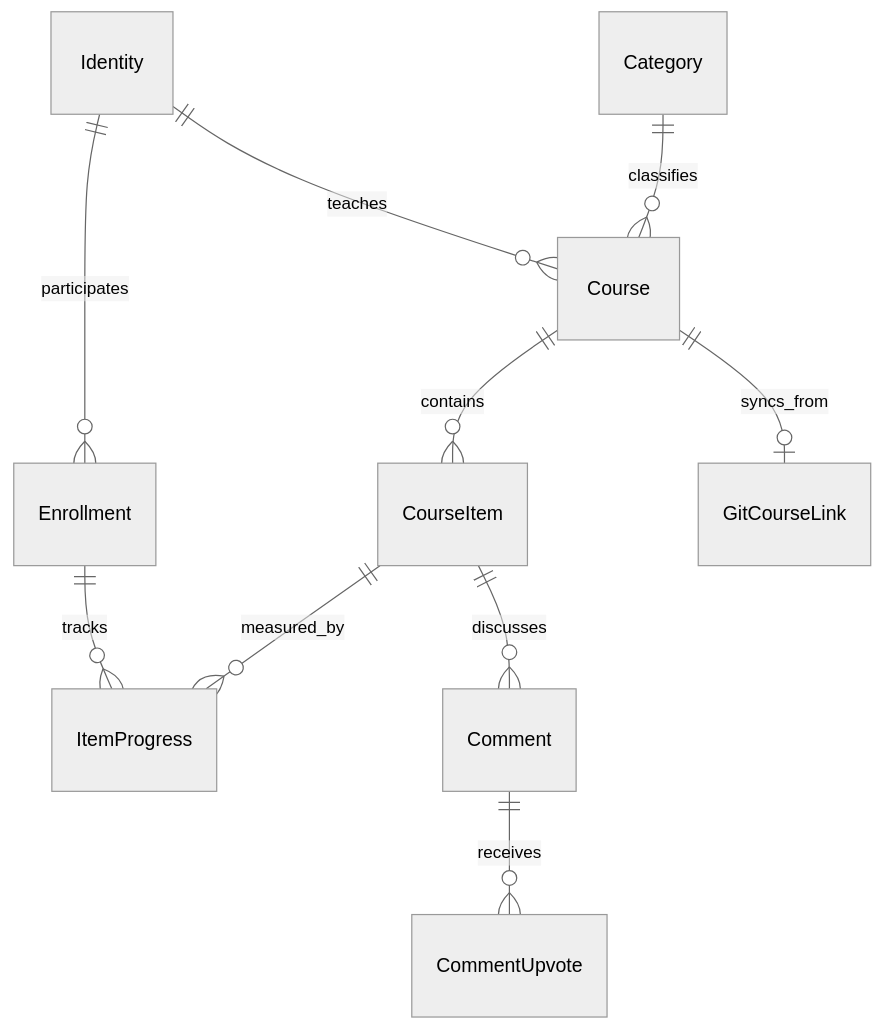
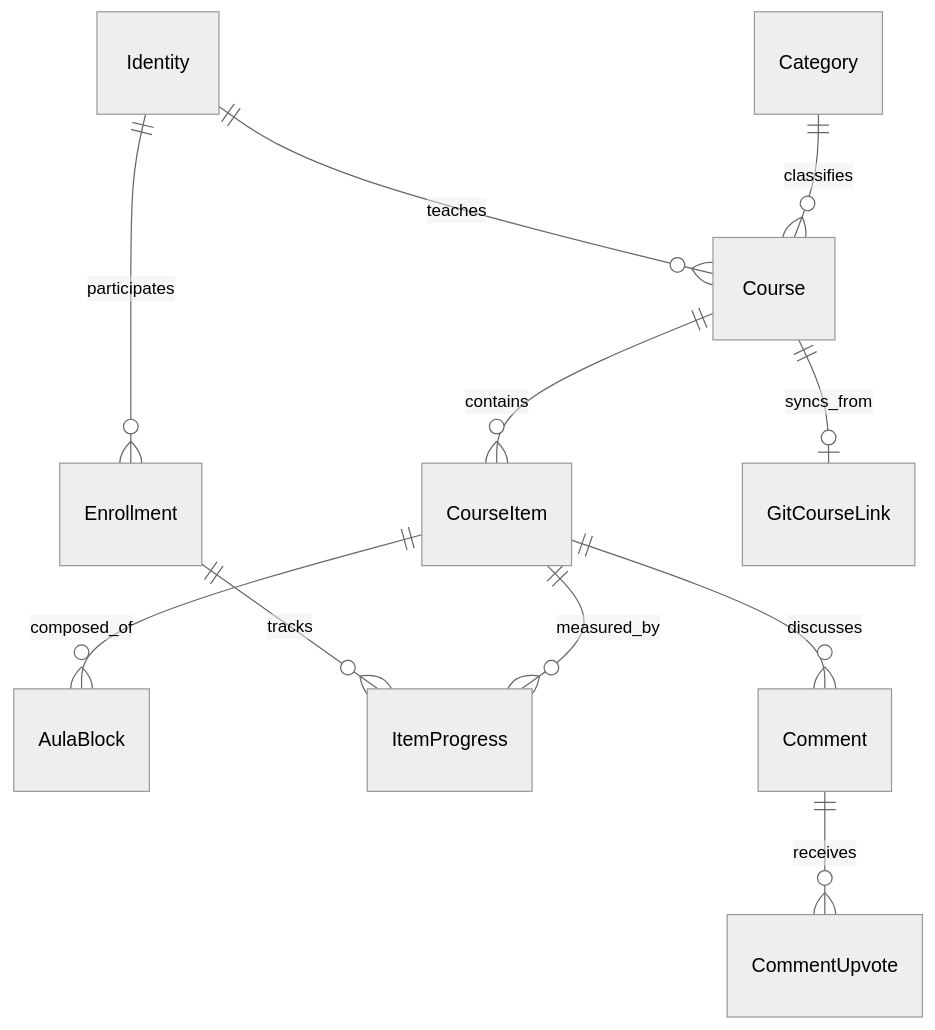
One commit to vepo/cursos changed the first of 2 diagrams in docs/domain-specification.md. Above: the diagram before and after it, drawn with Mermaid (neutral theme). The commit also changed other lines of this file and 74 other files, not shown here.

````diff
--- a/docs/domain-specification.md
+++ b/docs/domain-specification.md
@@ -15,12 +15,13 @@
 ```mermaid
 erDiagram
     Identity ||--o{ Course : teaches
     Identity ||--o{ Enrollment : participates
     Category ||--o{ Course : classifies
     Course ||--o{ CourseItem : contains
+    CourseItem ||--o{ AulaBlock : composed_of
     Enrollment ||--o{ ItemProgress : tracks
     CourseItem ||--o{ ItemProgress : measured_by
     CourseItem ||--o{ Comment : discusses
     Comment ||--o{ CommentUpvote : receives
     Course ||--o| GitCourseLink : syncs_from
 ```
````
